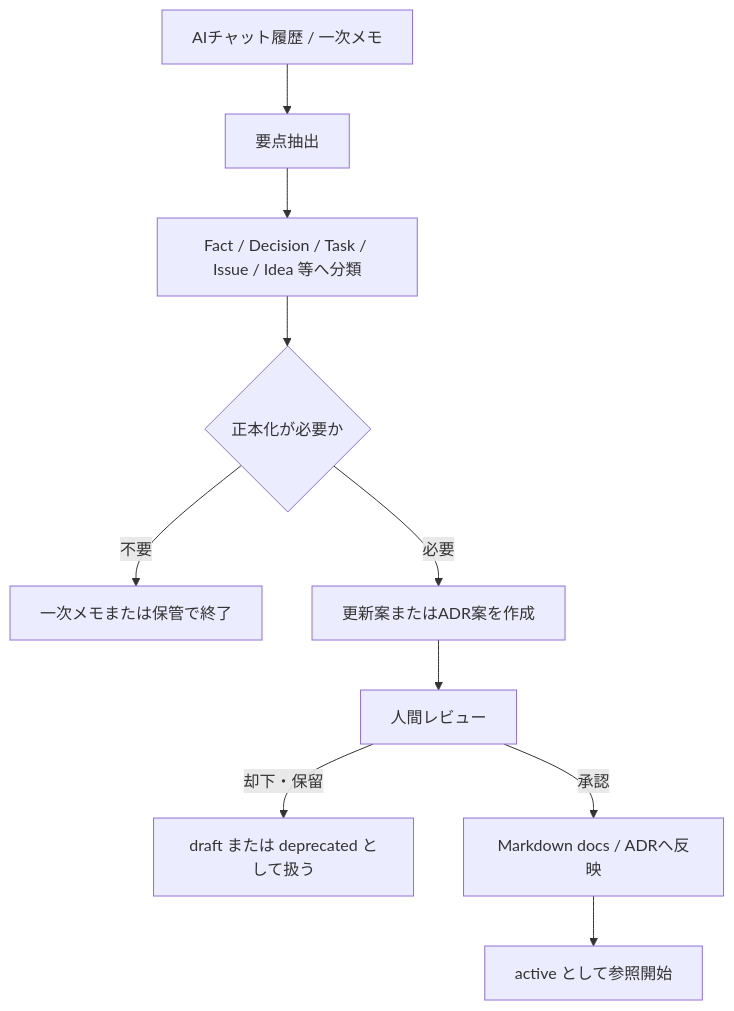
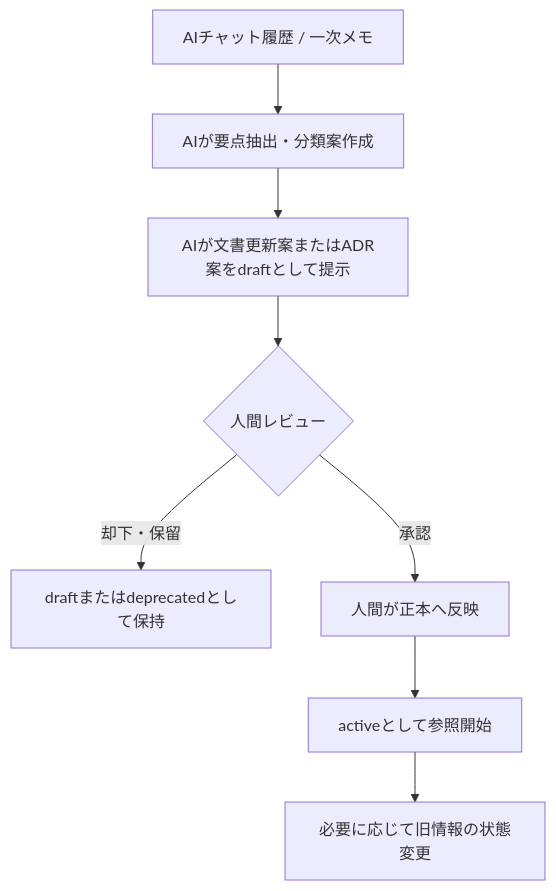
The second of 2 diagrams in docs/memory/memory-policy.md (KJ-LEATHER-GAMES/Project_Mnemosyne), drawn with Mermaid before and after one commit. The commit also changed other lines of this file and 5 other files, not shown here.

````diff
--- a/docs/memory/memory-policy.md
+++ b/docs/memory/memory-policy.md
@@ -586,12 +252,10 @@
 ```mermaid
 flowchart TD
-    A[AIチャット履歴 / 一次メモ] --> B[要点抽出]
-    B --> C[Fact / Decision / Task / Issue / Idea 等へ分類]
-    C --> D{正本化が必要か}
-    D -->|不要| E[一次メモまたは保管で終了]
-    D -->|必要| F[更新案またはADR案を作成]
-    F --> G[人間レビュー]
-    G -->|却下・保留| H[draft または deprecated として扱う]
-    G -->|承認| I[Markdown docs / ADRへ反映]
-    I --> J[active として参照開始]
+    A[AIチャット履歴 / 一次メモ] --> B[AIが要点抽出・分類案作成]
+    B --> C[AIが文書更新案またはADR案をdraftとして提示]
+    C --> D{人間レビュー}
+    D -->|却下・保留| E[draftまたはdeprecatedとして保持]
+    D -->|承認| F[人間が正本へ反映]
+    F --> G[activeとして参照開始]
+    G --> H[必要に応じて旧情報の状態変更]
 ```
````
